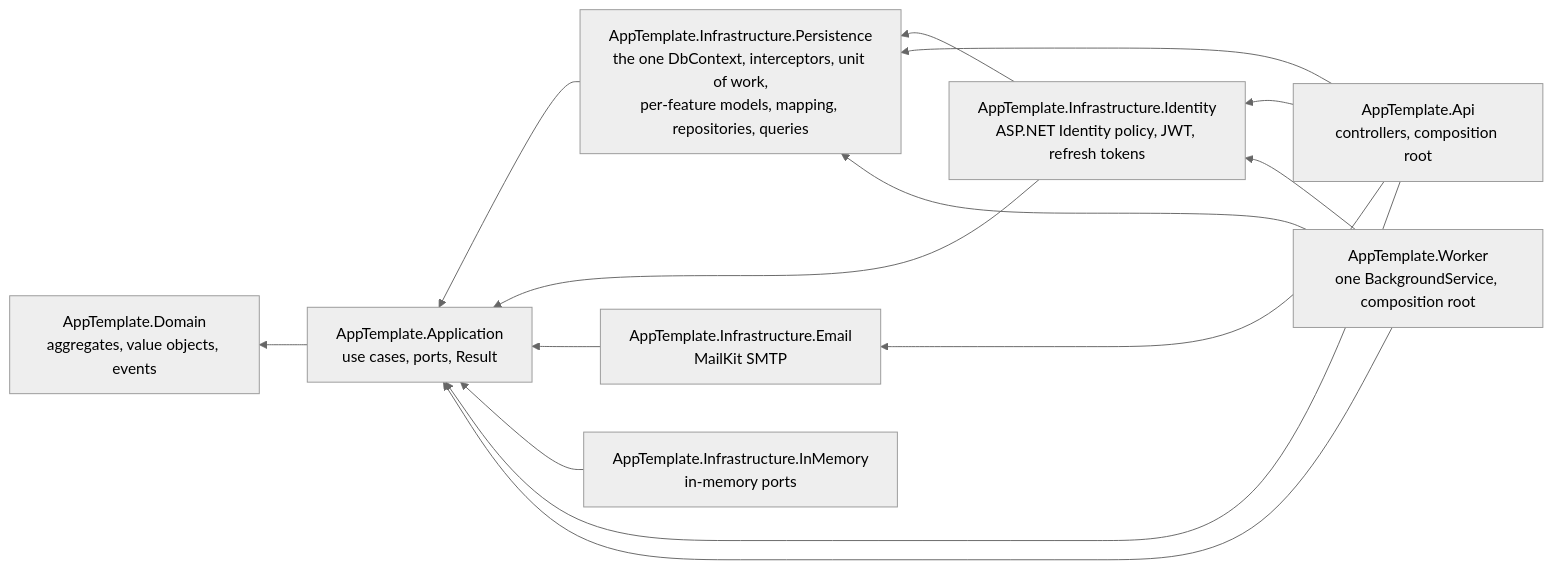
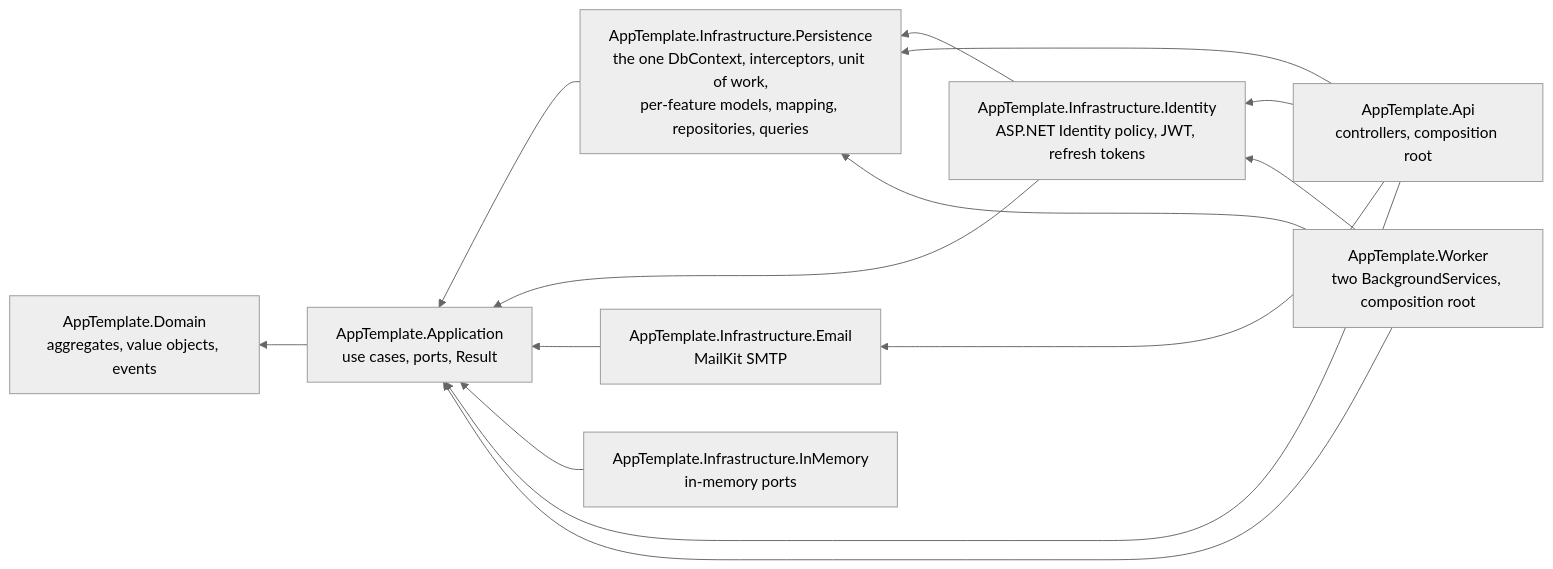
The diagram in docs/ARCHITECTURE.md (Pierre-MarieMarchio/Template-DotNet_Clean_Architecture), drawn with Mermaid (neutral theme) before and after one commit. The commit also changed other lines of this file and 62 other files, not shown here.

````diff
--- a/docs/ARCHITECTURE.md
+++ b/docs/ARCHITECTURE.md
@@ -22,25 +22,25 @@
 ```mermaid
 graph RL
     Api[AppTemplate.Api<br/>controllers, composition root]
-    Worker[AppTemplate.Worker<br/>one BackgroundService, composition root]
+    Worker[AppTemplate.Worker<br/>two BackgroundServices, composition root]
     Ident[AppTemplate.Infrastructure.Identity<br/>ASP.NET Identity policy, JWT, refresh tokens]
     Mail[AppTemplate.Infrastructure.Email<br/>MailKit SMTP]
     Mem[AppTemplate.Infrastructure.InMemory<br/>in-memory ports]
     Pers[AppTemplate.Infrastructure.Persistence<br/>the one DbContext, interceptors, unit of work,<br/>per-feature models, mapping, repositories, queries]
     App[AppTemplate.Application<br/>use cases, ports, Result]
     Dom[AppTemplate.Domain<br/>aggregates, value objects, events]
 
     App --> Dom
     Pers --> App
     Ident --> App
     Ident --> Pers
     Mail --> App
     Mem --> App
     Api --> App
     Api --> Pers
     Api --> Ident
     Api --> Mail
     Worker --> App
     Worker --> Pers
     Worker --> Ident
 ```
````
